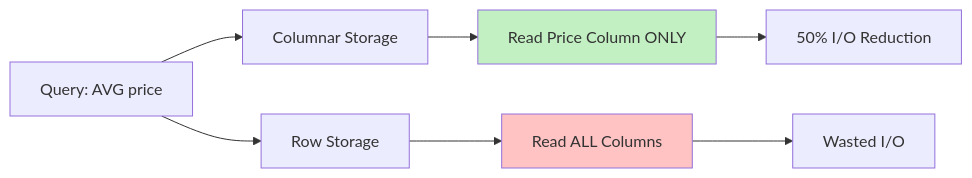
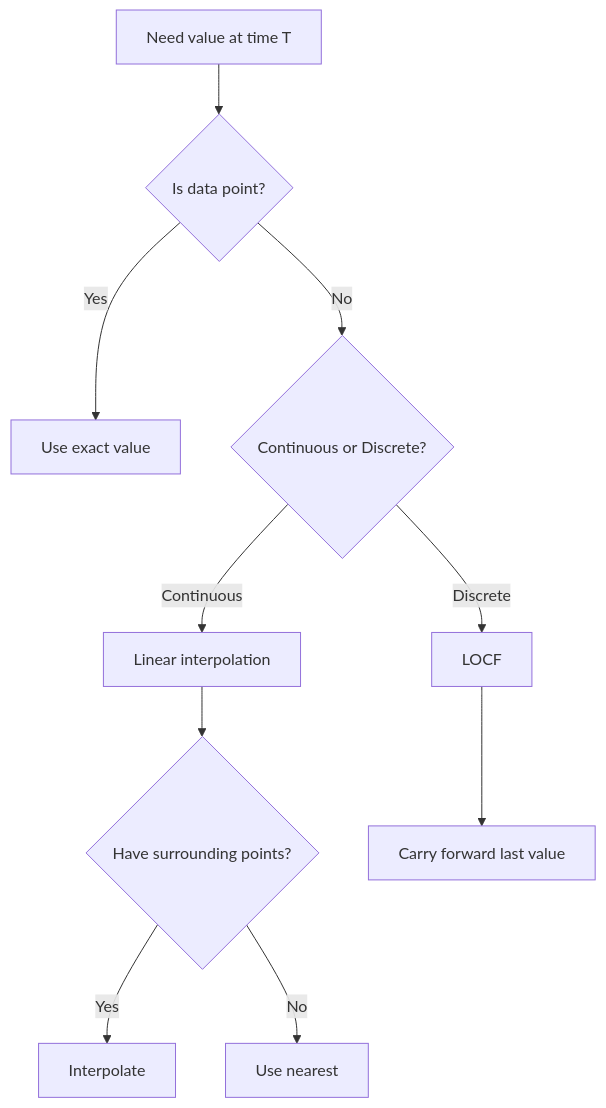
Before and after one commit to openSVM/osvm-cli: the diagram in docs/book/04_data_structures.md, drawn with Mermaid. The commit also changed other lines of this file, not shown here.

````diff
--- a/docs/book/04_data_structures.md
+++ b/docs/book/04_data_structures.md
@@ -549,13 +509,12 @@
 ```mermaid
-graph LR
-    A[Query: AVG price] --> B[Columnar Storage]
-    B --> C[Read Price Column ONLY]
-    C --> D[50% I/O Reduction]
-
-    A --> E[Row Storage]
-    E --> F[Read ALL Columns]
-    F --> G[Wasted I/O]
-
-    style C fill:#c3f0c3
-    style F fill:#ffc3c3
+graph TD
+    A[Need value at time T] --> B{Is data point?}
+    B -->|Yes| C[Use exact value]
+    B -->|No| D{Continuous or Discrete?}
+    D -->|Continuous| E[Linear interpolation]
+    D -->|Discrete| F[LOCF]
+    E --> G{Have surrounding points?}
+    G -->|Yes| H[Interpolate]
+    G -->|No| I[Use nearest]
+    F --> J[Carry forward last value]
 ```
````
